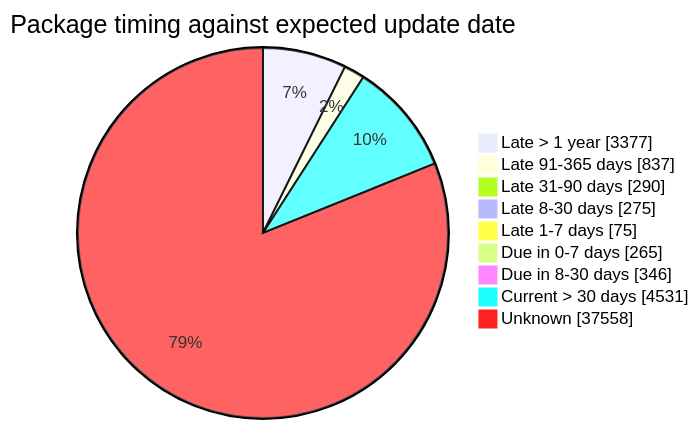
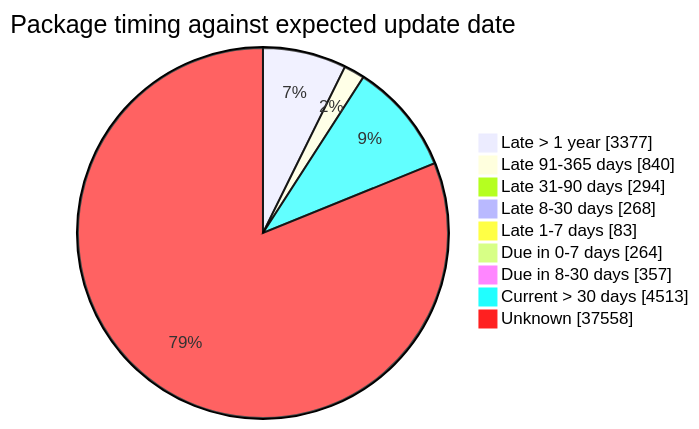
One commit to open-data/analytics-corporate-reporting changed the fourth of 5 diagrams in FreshCheck/README.md. Above: the diagram before and after it, drawn with Mermaid. The commit also changed other lines of this file and 3 other files, not shown here.

````diff
--- a/FreshCheck/README.md
+++ b/FreshCheck/README.md
@@ -87,12 +87,12 @@
 ```mermaid
 pie showData title Package timing against expected update date
     "Late > 1 year": 3377
-    "Late 91-365 days": 837
-    "Late 31-90 days": 290
-    "Late 8-30 days": 275
-    "Late 1-7 days": 75
-    "Due in 0-7 days": 265
-    "Due in 8-30 days": 346
-    "Current > 30 days": 4531
+    "Late 91-365 days": 840
+    "Late 31-90 days": 294
+    "Late 8-30 days": 268
+    "Late 1-7 days": 83
+    "Due in 0-7 days": 264
+    "Due in 8-30 days": 357
+    "Current > 30 days": 4513
     "Unknown": 37558
 ```
````
